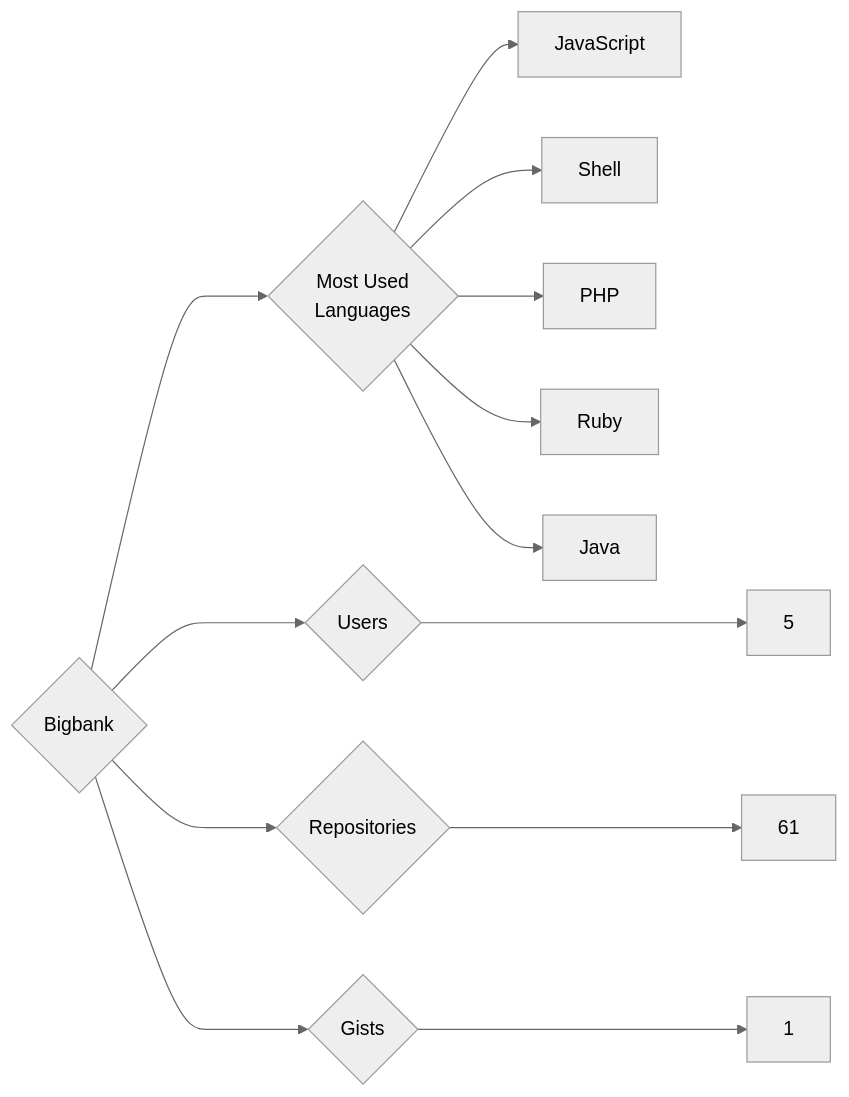
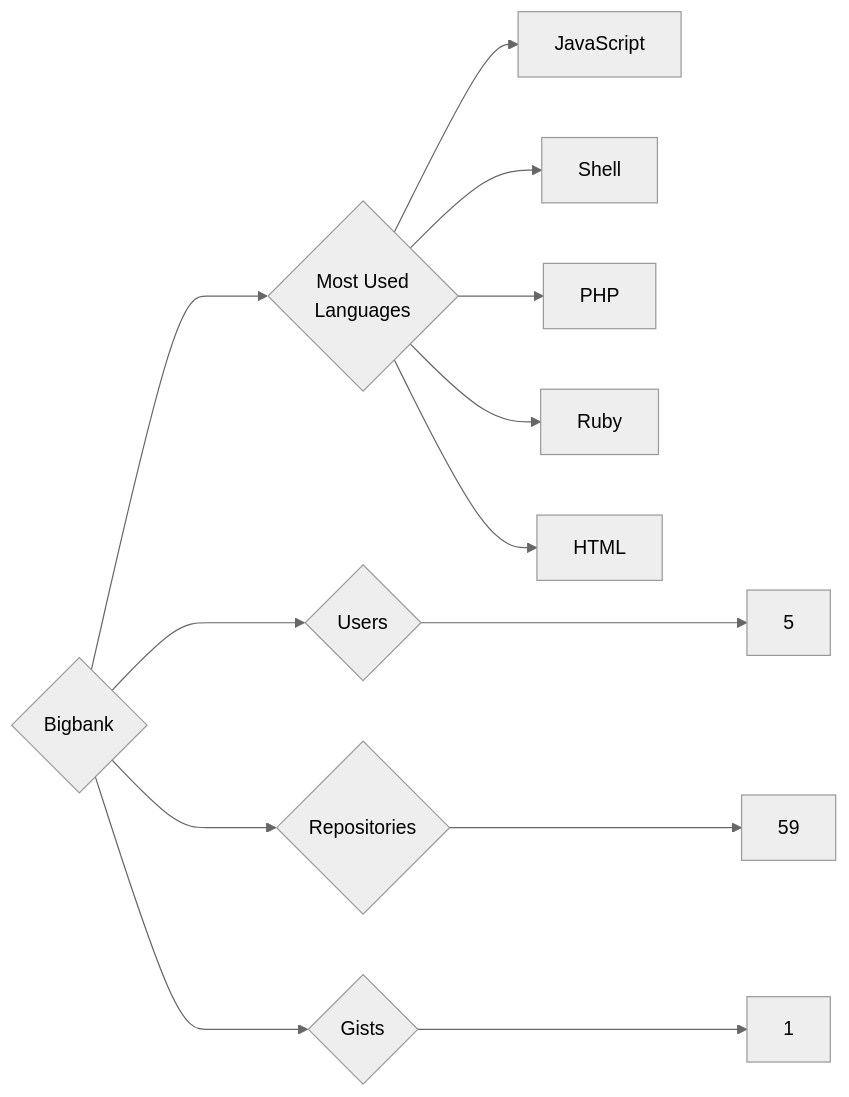
The diagram in targets/Bigbank/README.md (trickest/insiders), drawn with Mermaid (neutral theme) before and after one commit. The commit also changed 1167 other files, not shown here.

````diff
--- a/targets/Bigbank/README.md
+++ b/targets/Bigbank/README.md
@@ -3,13 +3,13 @@
 ```mermaid
 graph LR
 COMPANY_NAME{Bigbank}
 COMPANY_NAME ---> U{Users} ---> UN[5]
-COMPANY_NAME ---> R{Repositories} ---> RN[61]
+COMPANY_NAME ---> R{Repositories} ---> RN[59]
 COMPANY_NAME ---> G{Gists} ---> GN[1]
 COMPANY_NAME ---> ML{Most Used<br>Languages}
 ML --> JavaScript[JavaScript]
 ML --> Shell[Shell]
 ML --> PHP[PHP]
 ML --> Ruby[Ruby]
-ML --> Java[Java]
+ML --> HTML[HTML]
 ```
````
